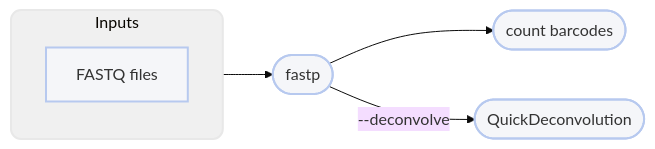
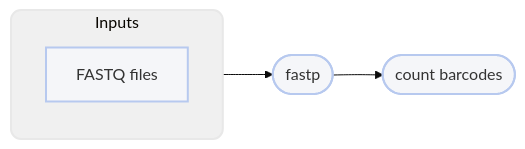
One commit to pdimens/harpy changed the diagram in Workflows/qc.md. Above: the diagram before and after it, drawn with Mermaid (base theme). The commit also changed other lines of this file and 2 other files, not shown here.

````diff
--- a/Workflows/qc.md
+++ b/Workflows/qc.md
@@ -89,11 +82,10 @@
 ```mermaid
 graph LR
     subgraph Inputs
         F[FASTQ files]:::clean
     end
     Inputs-->A:::clean
     A([fastp]) --> B([count barcodes]):::clean
-    A-->|--deconvolve|C([QuickDeconvolution]):::clean
     style Inputs fill:#f0f0f0,stroke:#e8e8e8,stroke-width:2px,rx:10px,ry:10px
     classDef clean fill:#f5f6f9,stroke:#b7c9ef,stroke-width:2px
 ```
````
